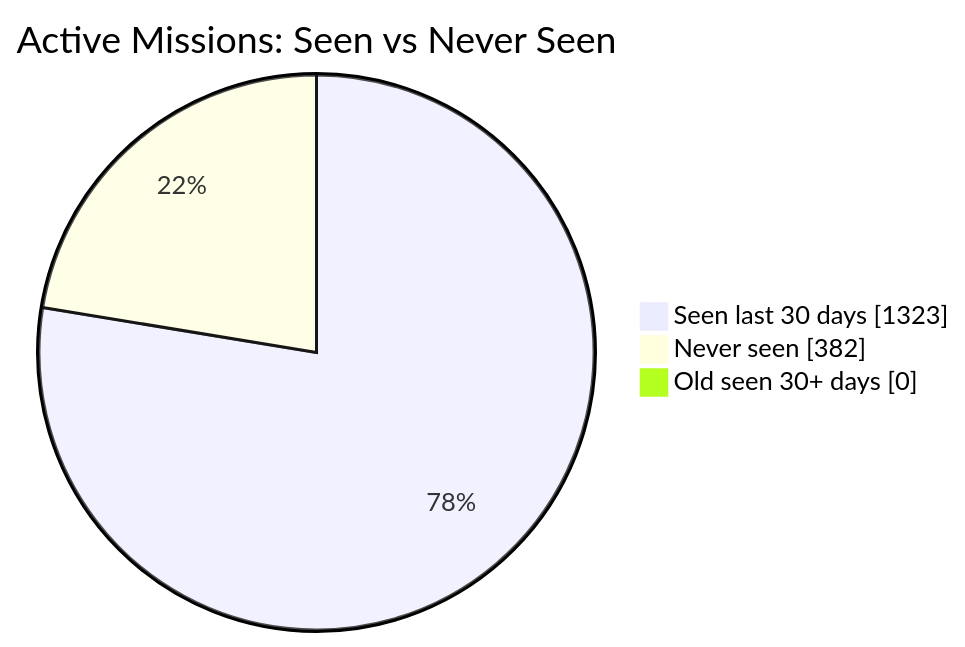
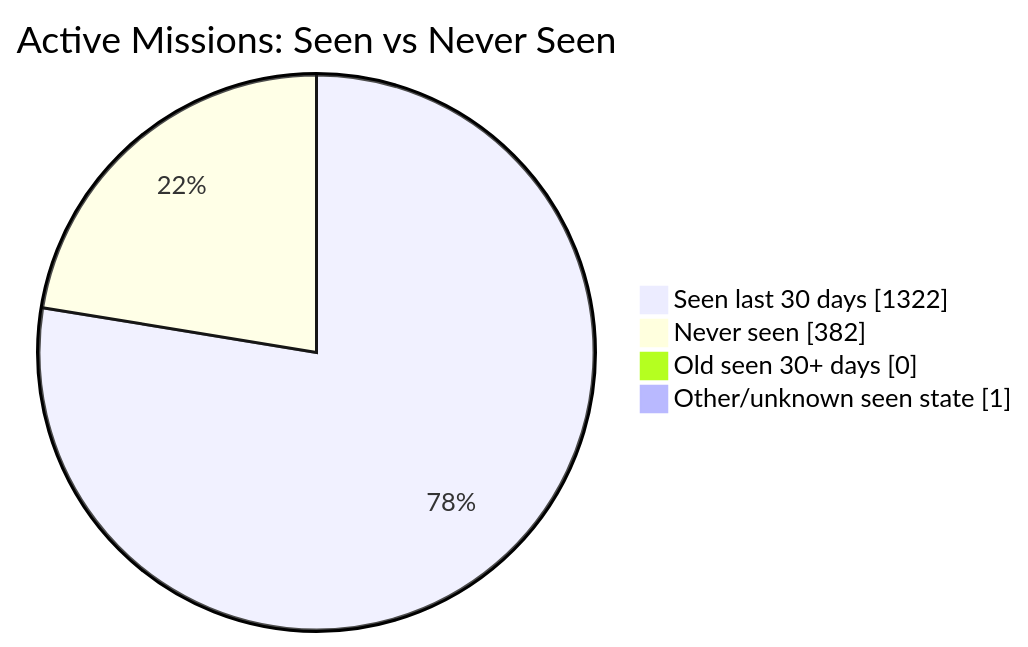
The first of 2 diagrams in README.md (MeldkamerspelGameTeam/active-missions), drawn with Mermaid before and after one commit. The commit also changed other lines of this file and 5 other files, not shown here.

````diff
--- a/README.md
+++ b/README.md
@@ -34,7 +34,8 @@
 ```mermaid
 pie showData
     title Active Missions: Seen vs Never Seen
-    "Seen last 30 days" : 1323
+    "Seen last 30 days" : 1322
     "Never seen" : 382
     "Old seen 30+ days" : 0
+    "Other/unknown seen state" : 1
 ```
````
